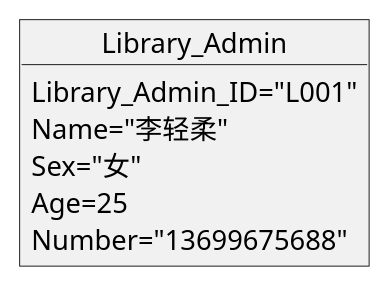
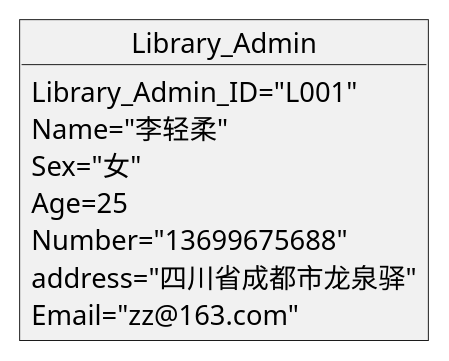
The diagram in test3/Library_Admin_user.puml (z915287285/is_analysis), drawn with PlantUML before and after one commit. The commit also changed 2 other files, not shown here.

```diff
--- a/test3/Library_Admin_user.puml
+++ b/test3/Library_Admin_user.puml
@@ -1,9 +1,11 @@
 @startuml
 object Library_Admin {
   Library_Admin_ID="L001"
   Name="李轻柔"
   Sex="女"
   Age=25
   Number="13699675688"
+  address="四川省成都市龙泉驿"
+  Email="zz@163.com"
 }
 @enduml
```
